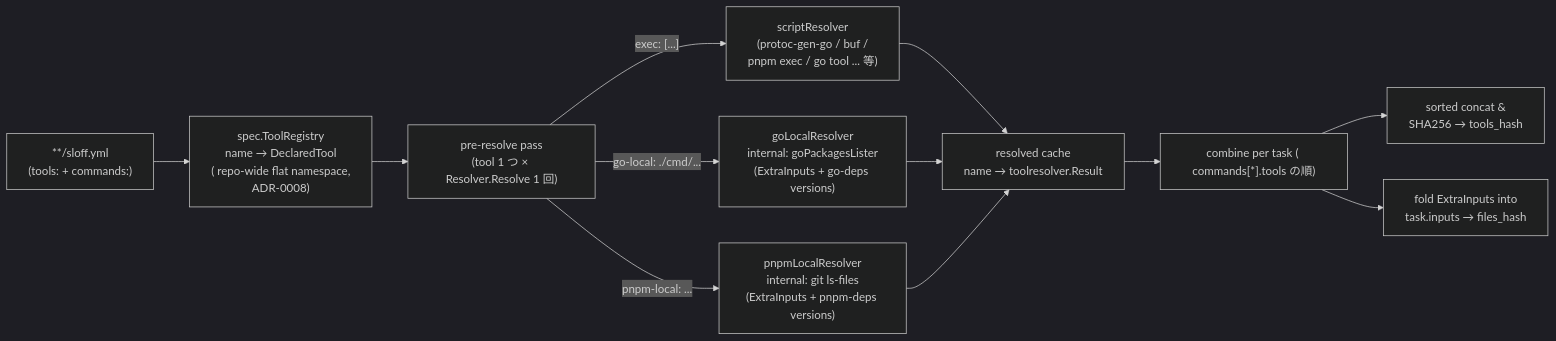
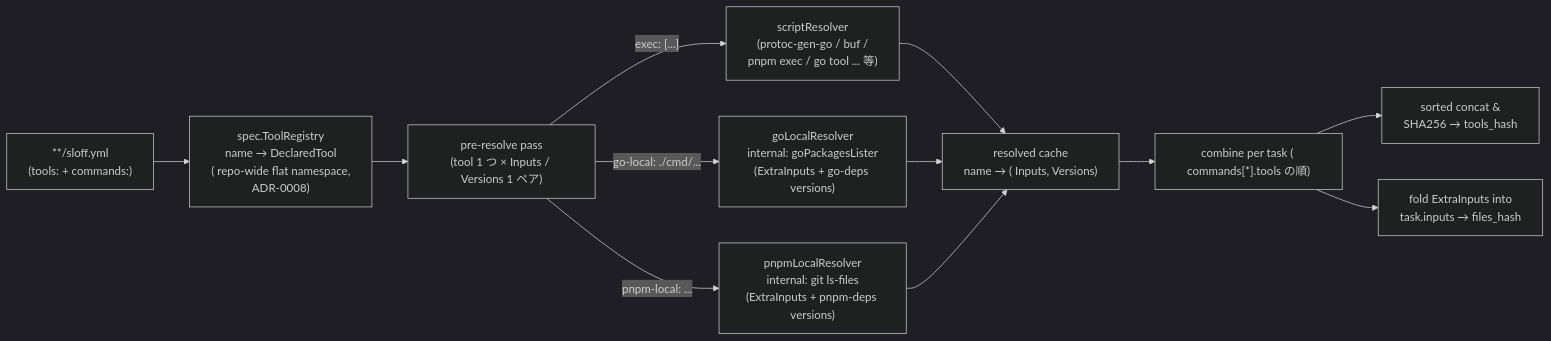
The second of 3 diagrams in docs/design/architecture.md (izumin5210/sloff), drawn with Mermaid (dark theme) before and after one commit. The commit also changed other lines of this file and 11 other files, not shown here.

First line of the commit message:
refactor(toolresolver): split Resolver into Inputs / Versions methods (#16)

````diff
--- a/docs/design/architecture.md
+++ b/docs/design/architecture.md
@@ -322,14 +322,14 @@
 ```mermaid
 flowchart LR
     YAML["**/sloff.yml<br/>(tools: + commands:)"] --> REG["spec.ToolRegistry<br/>name → DeclaredTool<br/>( repo-wide flat namespace,<br/>ADR-0008)"]
-    REG --> PRE["pre-resolve pass<br/>(tool 1 つ × Resolver.Resolve 1 回)"]
+    REG --> PRE["pre-resolve pass<br/>(tool 1 つ × Inputs / Versions 1 ペア)"]
     PRE -->|"exec: [...]"| SCRIPT["scriptResolver<br/>(protoc-gen-go / buf /<br/>pnpm exec / go tool ... 等)"]
     PRE -->|"go-local: ./cmd/..."| GOLOC["goLocalResolver<br/>internal: goPackagesLister<br/>(ExtraInputs + go-deps versions)"]
     PRE -->|"pnpm-local: ..."| PNPMLOC["pnpmLocalResolver<br/>internal: git ls-files<br/>(ExtraInputs + pnpm-deps versions)"]
-    SCRIPT --> CACHE["resolved cache<br/>name → toolresolver.Result"]
+    SCRIPT --> CACHE["resolved cache<br/>name → ( Inputs, Versions)"]
     GOLOC --> CACHE
     PNPMLOC --> CACHE
     CACHE --> COMBINE["combine per task ( commands[*].tools の順)"]
     COMBINE --> CONCAT["sorted concat &<br/>SHA256 → tools_hash"]
     COMBINE --> INPUTS["fold ExtraInputs into<br/>task.inputs → files_hash"]
 ```
````
